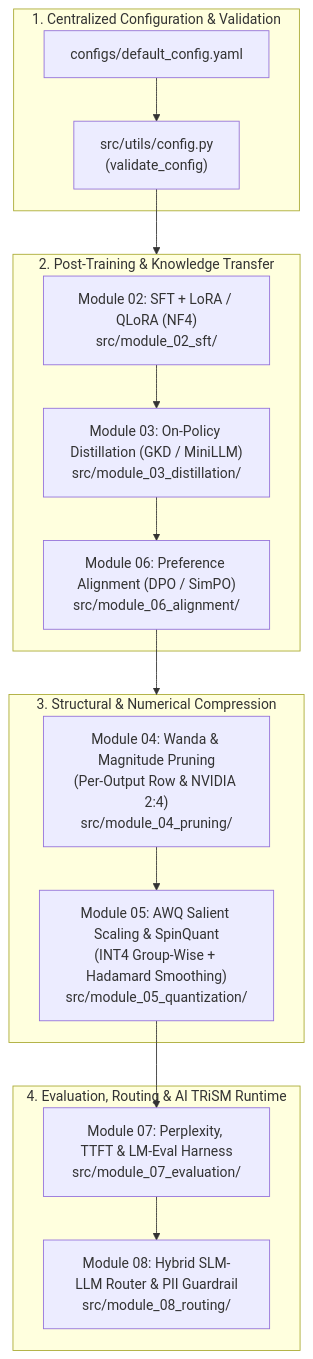
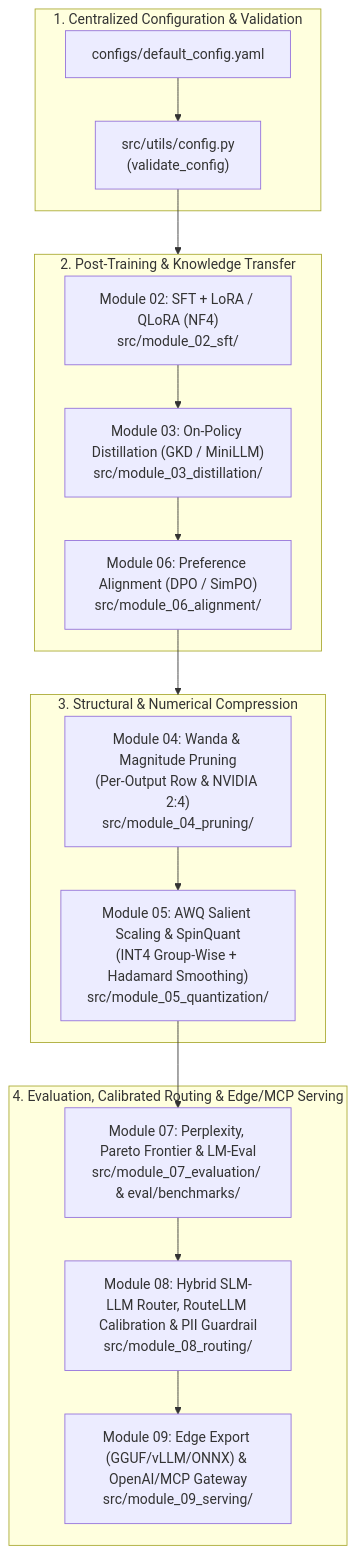
Before and after one commit to vfcarida/Small-Language-Models-SLMs-: the diagram in ARCHITECTURE.md, drawn with Mermaid. The commit also changed other lines of this file and 16 other files, not shown here.

First line of the commit message:
feat: add cross-architecture Pareto suite, RouteLLM preference calibration, and Module 09 edge/OpenAI/MCP serving

````diff
--- a/ARCHITECTURE.md
+++ b/ARCHITECTURE.md
@@ -14,29 +14,31 @@
 ```mermaid
 flowchart TB
     subgraph Config["1. Centralized Configuration & Validation"]
         YAML["configs/default_config.yaml"] --> Validator["src/utils/config.py\n(validate_config)"]
     end
 
     subgraph Adaptation["2. Post-Training & Knowledge Transfer"]
         SFT["Module 02: SFT + LoRA / QLoRA (NF4)\nsrc/module_02_sft/"]
         GKD["Module 03: On-Policy Distillation (GKD / MiniLLM)\nsrc/module_03_distillation/"]
         DPO["Module 06: Preference Alignment (DPO / SimPO)\nsrc/module_06_alignment/"]
         SFT --> GKD --> DPO
     end
 
     subgraph Compression["3. Structural & Numerical Compression"]
         Wanda["Module 04: Wanda & Magnitude Pruning\n(Per-Output Row & NVIDIA 2:4)\nsrc/module_04_pruning/"]
         AWQ["Module 05: AWQ Salient Scaling & SpinQuant\n(INT4 Group-Wise + Hadamard Smoothing)\nsrc/module_05_quantization/"]
         Wanda --> AWQ
     end
 
-    subgraph Governance["4. Evaluation, Routing & AI TRiSM Runtime"]
-        Eval["Module 07: Perplexity, TTFT & LM-Eval Harness\nsrc/module_07_evaluation/"]
-        Router["Module 08: Hybrid SLM-LLM Router & PII Guardrail\nsrc/module_08_routing/"]
+    subgraph Governance["4. Evaluation, Calibrated Routing & Edge/MCP Serving"]
+        Eval["Module 07: Perplexity, Pareto Frontier & LM-Eval\nsrc/module_07_evaluation/ & eval/benchmarks/"]
+        Router["Module 08: Hybrid SLM-LLM Router, RouteLLM Calibration & PII Guardrail\nsrc/module_08_routing/"]
+        Serving["Module 09: Edge Export (GGUF/vLLM/ONNX) & OpenAI/MCP Gateway\nsrc/module_09_serving/"]
     end
 
     Validator --> Adaptation
     DPO --> Compression
     AWQ --> Eval
     Eval --> Router
+    Router --> Serving
 ```
````
